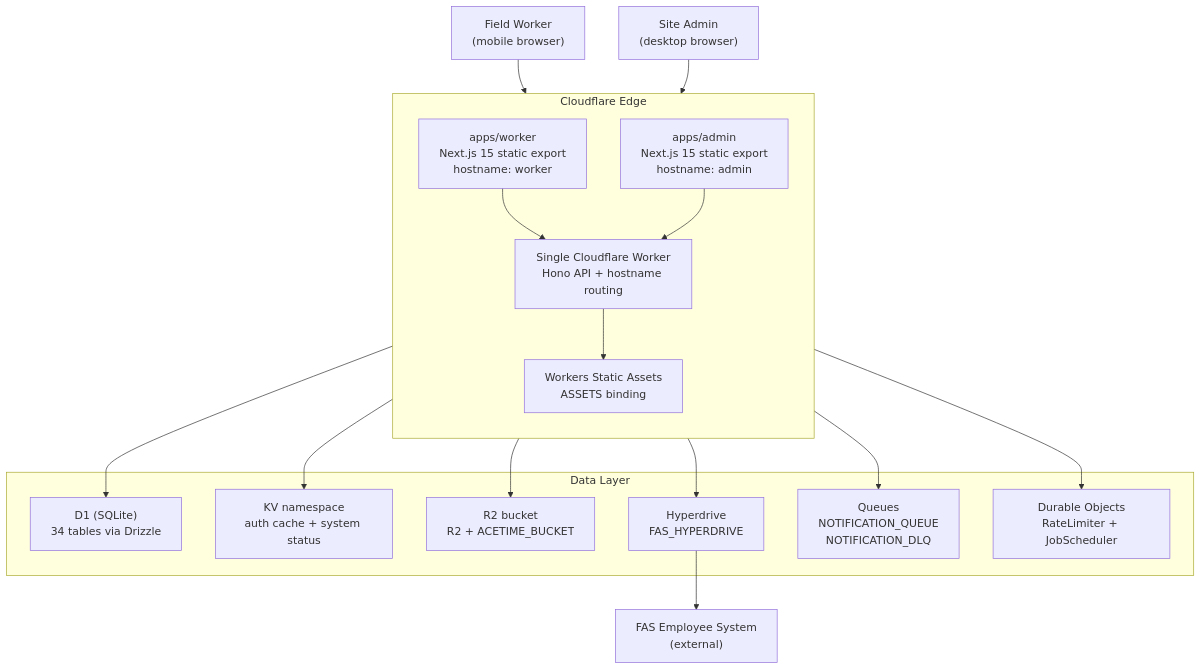
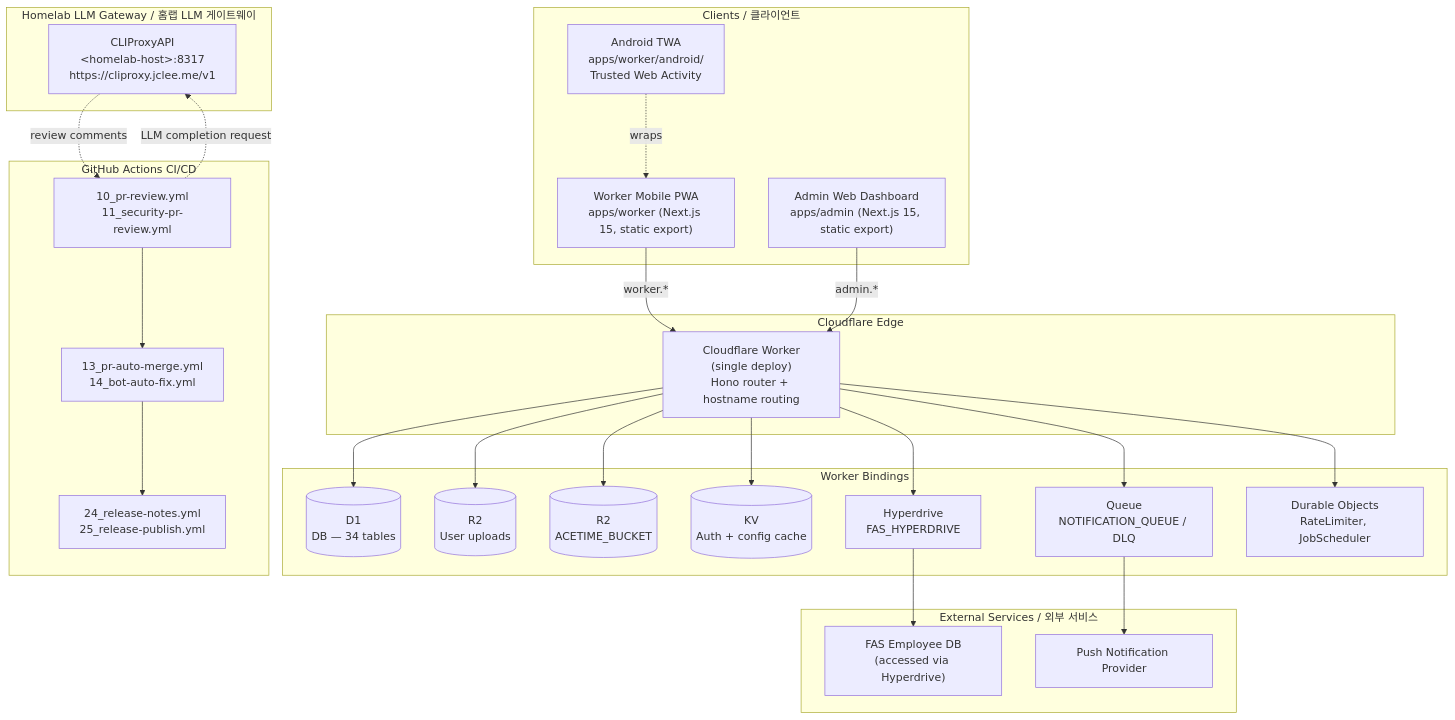
One commit to jclee941/safetywallet changed the diagram in README.md. Above: the diagram before and after it, drawn with Mermaid. The commit also changed other lines of this file, not shown here.

Commit message:
docs: auto-update README.md

````diff
--- a/README.md
+++ b/README.md
@@ -60,37 +55,57 @@
 ```mermaid
 flowchart TB
-    WorkerUser["Field Worker<br/>(mobile browser)"]
-    AdminUser["Site Admin<br/>(desktop browser)"]
+  subgraph Clients["Clients / 클라이언트"]
+    PWA["Worker Mobile PWA<br/>apps/worker (Next.js 15, static export)"]
+    Admin["Admin Web Dashboard<br/>apps/admin (Next.js 15, static export)"]
+    TWA["Android TWA<br/>apps/worker/android/<br/>Trusted Web Activity"]
+  end
 
-    subgraph Edge["Cloudflare Edge"]
-        direction TB
-        WorkerSPA["apps/worker<br/>Next.js 15 static export<br/>hostname: worker"]
-        AdminSPA["apps/admin<br/>Next.js 15 static export<br/>hostname: admin"]
-        Router["Single Cloudflare Worker<br/>Hono API + hostname routing"]
-        ASSETS["Workers Static Assets<br/>ASSETS binding"]
-    end
+  subgraph Edge["Cloudflare Edge"]
+    Worker["Cloudflare Worker<br/>(single deploy)<br/>Hono router + hostname routing"]
+  end
 
-    subgraph Data["Data Layer"]
-        D1["D1 (SQLite)<br/>34 tables via Drizzle"]
-        KV["KV namespace<br/>auth cache + system status"]
-        R2["R2 bucket<br/>R2 + ACETIME_BUCKET"]
-        HD["Hyperdrive<br/>FAS_HYPERDRIVE"]
-        Q["Queues<br/>NOTIFICATION_QUEUE<br/>NOTIFICATION_DLQ"]
-        DO["Durable Objects<br/>RateLimiter + JobScheduler"]
-    end
+  subgraph Bindings["Worker Bindings"]
+    D1[("D1<br/>DB — 34 tables")]
+    R2[("R2<br/>User uploads")]
+    Ace[("R2<br/>ACETIME_BUCKET")]
+    KV[("KV<br/>Auth + config cache")]
+    HD["Hyperdrive<br/>FAS_HYPERDRIVE"]
+    Queue["Queue<br/>NOTIFICATION_QUEUE / DLQ"]
+    DO["Durable Objects<br/>RateLimiter, JobScheduler"]
+  end
 
-    FAS["FAS Employee System<br/>(external)"]
+  subgraph External["External Services / 외부 서비스"]
+    FAS["FAS Employee DB<br/>(accessed via Hyperdrive)"]
+    Push["Push Notification Provider"]
+  end
 
-    WorkerUser --> WorkerSPA
-    AdminUser --> AdminSPA
-    WorkerSPA --> Router
-    AdminSPA --> Router
-    Router --> ASSETS
-    Router --> D1
-    Router --> KV
-    Router --> R2
-    Router --> HD
-    Router --> Q
-    Router --> DO
-    HD --> FAS
+  subgraph Homelab["Homelab LLM Gateway / 홈랩 LLM 게이트웨이"]
+    CLI["CLIProxyAPI<br/>&lt;homelab-host&gt;:8317<br/>https://cliproxy.jclee.me/v1"]
+  end
+
+  subgraph CI["GitHub Actions CI/CD"]
+    Rev["10_pr-review.yml<br/>11_security-pr-review.yml"]
+    Auto["13_pr-auto-merge.yml<br/>14_bot-auto-fix.yml"]
+    Rel["24_release-notes.yml<br/>25_release-publish.yml"]
+  end
+
+  TWA -.wraps.-> PWA
+  PWA -- "worker.*" --> Worker
+  Admin -- "admin.*" --> Worker
+
+  Worker --> D1
+  Worker --> R2
+  Worker --> Ace
+  Worker --> KV
+  Worker --> HD
+  Worker --> Queue
+  Worker --> DO
+
+  HD --> FAS
+  Queue --> Push
+
+  Rev -. "LLM completion request" .-> CLI
+  CLI -. "review comments" .-> Rev
+  Rev --> Auto
+  Auto --> Rel
 ```
````
